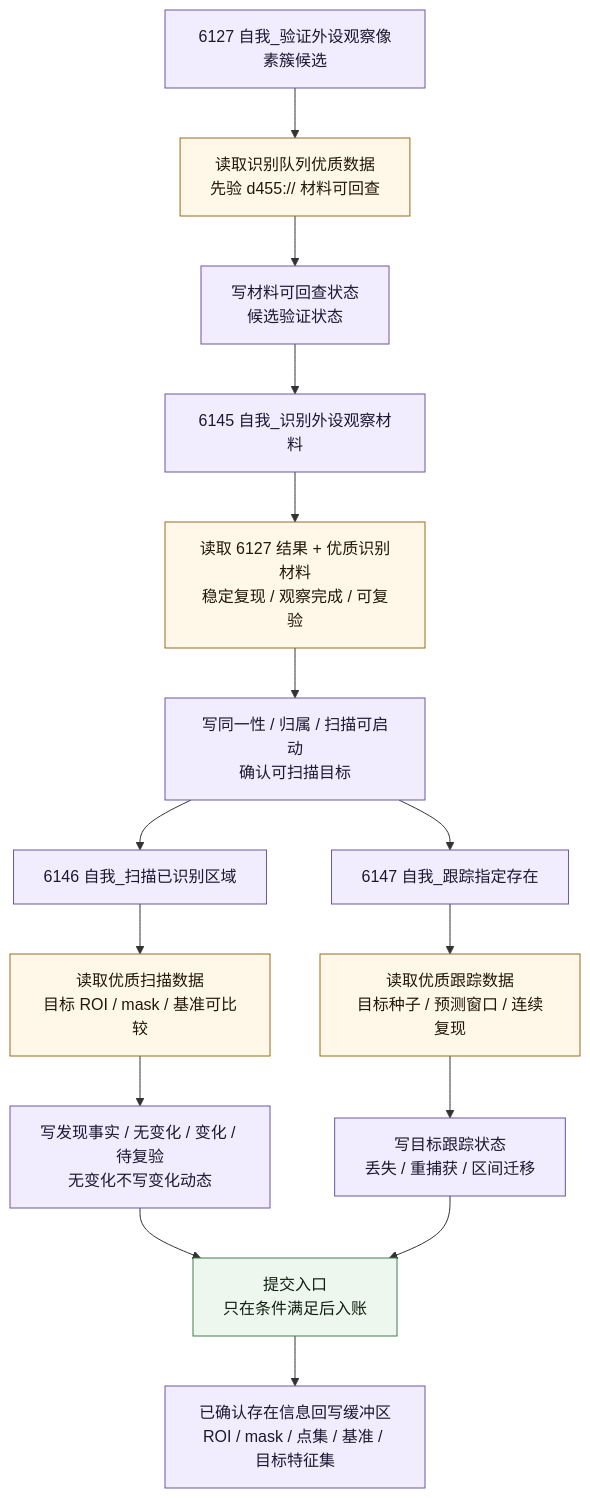
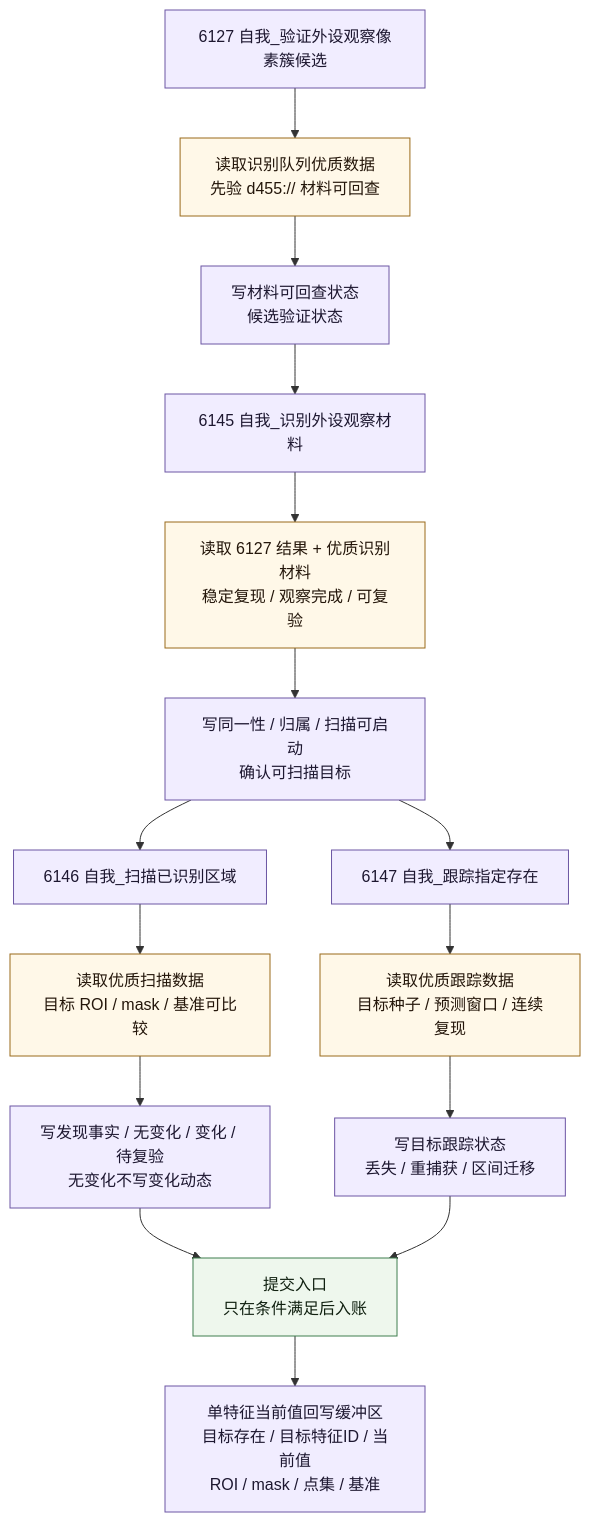
Before and after one commit to chunhaizh-cyber/Birthplace-of-digital-civilization: the third of 3 diagrams in 流程图/20260606_外设工作流程图_v0.2.md, drawn with Mermaid. The commit also changed other lines of this file and 5 other files, not shown here.

````diff
--- a/流程图/20260606_外设工作流程图_v0.2.md
+++ b/流程图/20260606_外设工作流程图_v0.2.md
@@ -149,33 +149,33 @@
 ```mermaid
 flowchart TB
     A["6127 自我_验证外设观察像素簇候选"]
     B["读取识别队列优质数据<br/>先验 d455:// 材料可回查"]
     C["写材料可回查状态<br/>候选验证状态"]
     D["6145 自我_识别外设观察材料"]
     E["读取 6127 结果 + 优质识别材料<br/>稳定复现 / 观察完成 / 可复验"]
     F["写同一性 / 归属 / 扫描可启动<br/>确认可扫描目标"]
     G["6146 自我_扫描已识别区域"]
     H["读取优质扫描数据<br/>目标 ROI / mask / 基准可比较"]
     I["写发现事实 / 无变化 / 变化 / 待复验<br/>无变化不写变化动态"]
     J["6147 自我_跟踪指定存在"]
     K["读取优质跟踪数据<br/>目标种子 / 预测窗口 / 连续复现"]
     L["写目标跟踪状态<br/>丢失 / 重捕获 / 区间迁移"]
     M["提交入口<br/>只在条件满足后入账"]
-    N["已确认存在信息回写缓冲区<br/>ROI / mask / 点集 / 基准 / 目标特征集"]
+    N["单特征当前值回写缓冲区<br/>目标存在 / 目标特征ID / 当前值<br/>ROI / mask / 点集 / 基准"]
 
     A --> B --> C --> D
     D --> E --> F --> G
     G --> H --> I --> M
     F --> J
     J --> K --> L --> M
     M --> N
 
     classDef self fill:#f1edff,stroke:#6c56a4,color:#1d1730;
     classDef quality fill:#fff8e8,stroke:#9a6a1a,color:#24160a;
     classDef submit fill:#eef7ed,stroke:#3f7f4f,color:#102010;
 
     class A,D,G,J self;
     class B,E,H,K quality;
     class C,F,I,L,N self;
     class M submit;
 ```
````
